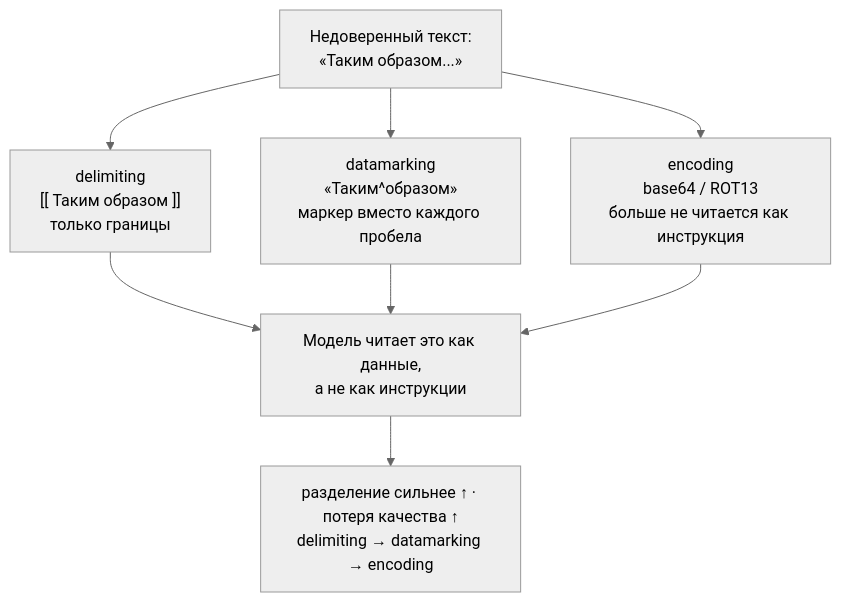
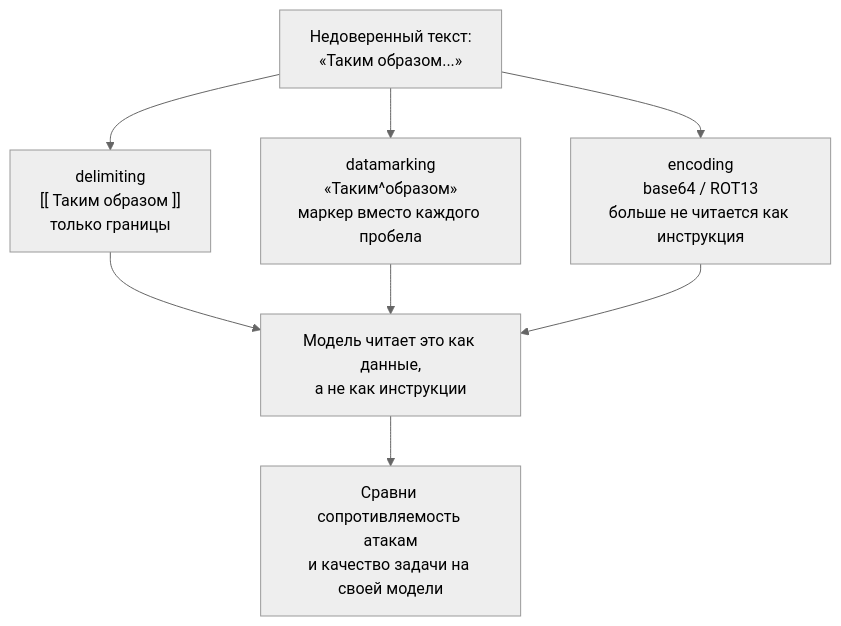
The diagram in i18n/ru/docusaurus-plugin-content-docs/current/part-1-rag/cross-cutting/guardrails/deep-dive.md (NikolaiSachok/ai-engineering-handbook), drawn with Mermaid (neutral theme) before and after one commit. The commit also changed other lines of this file and 9 other files, not shown here.

````diff
--- a/i18n/ru/docusaurus-plugin-content-docs/current/part-1-rag/cross-cutting/guardrails/deep-dive.md
+++ b/i18n/ru/docusaurus-plugin-content-docs/current/part-1-rag/cross-cutting/guardrails/deep-dive.md
@@ -59,10 +56,10 @@
 ```mermaid
 flowchart TB
     U["Недоверенный текст:<br/>«Таким образом...»"] --> D["delimiting<br/>[[ Таким образом ]]<br/>только границы"]
     U --> M["datamarking<br/>«Таким^образом»<br/>маркер вместо каждого пробела"]
     U --> E["encoding<br/>base64 / ROT13<br/>больше не читается как инструкция"]
     D --> R["Модель читает это как данные,<br/>а не как инструкции"]
     M --> R
     E --> R
-    R --> L["разделение сильнее ↑ · потеря качества ↑<br/>delimiting → datamarking → encoding"]
+    R --> L["Сравни сопротивляемость атакам<br/>и качество задачи на своей модели"]
 ```
````
